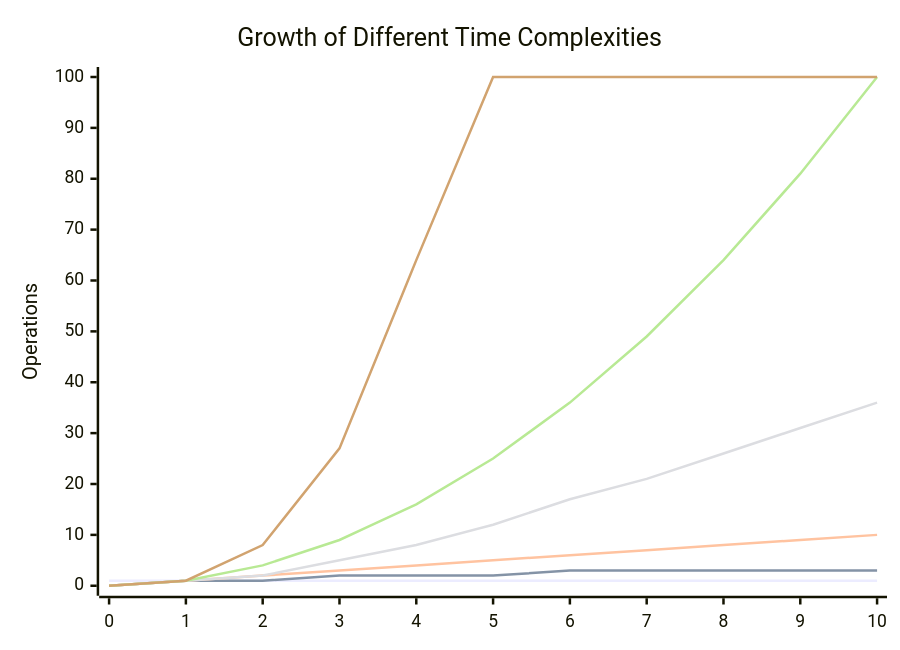
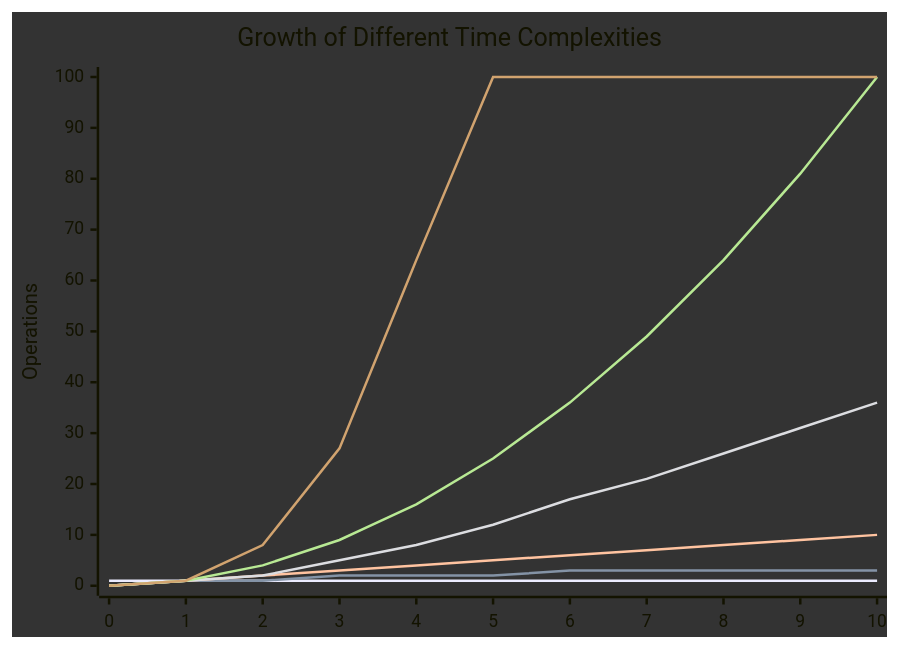
One commit to Cyberistic/Kuwait-University-Computer-Engineering-Masters-Prep-2025 changed the diagram in misc/Time Complexities & Recursion.md. Above: the diagram before and after it, drawn with Mermaid. The commit also changed 1 other file, not shown here.

Commit message:
vault backup: 2025-04-09 21:20:47
Affected files:
.DS_Store
Kuwait University Masters Prep

````diff
--- a/misc/Time Complexities & Recursion.md
+++ b/misc/Time Complexities & Recursion.md
@@ -7,13 +7,13 @@
 ```mermaid
-%%{init: {'theme': 'base', 'themeVariables': { xychart-beta: {'background': '#ffffff' }}}}%%
+%%{init: { "themeVariables": {"xyChart": {"backgroundColor": "#FFFFF", "color": "#000000"} } }}%%
 xychart-beta
     title "Growth of Different Time Complexities"
     x-axis [0, 1, 2, 3, 4, 5, 6, 7, 8, 9, 10]
     y-axis "Operations" 0 --> 100
     line [1, 1, 1, 1, 1, 1, 1, 1, 1, 1, 1]
     line [0, 1, 1, 2, 2, 2, 3, 3, 3, 3, 3]
     line [0, 1, 2, 3, 4, 5, 6, 7, 8, 9, 10]
     line [0, 1, 2, 5, 8, 12, 17, 21, 26, 31, 36]
     line [0, 1, 4, 9, 16, 25, 36, 49, 64, 81, 100]
     line [0, 1, 8, 27, 64, 100, 100, 100, 100, 100, 100]
 ```
````
